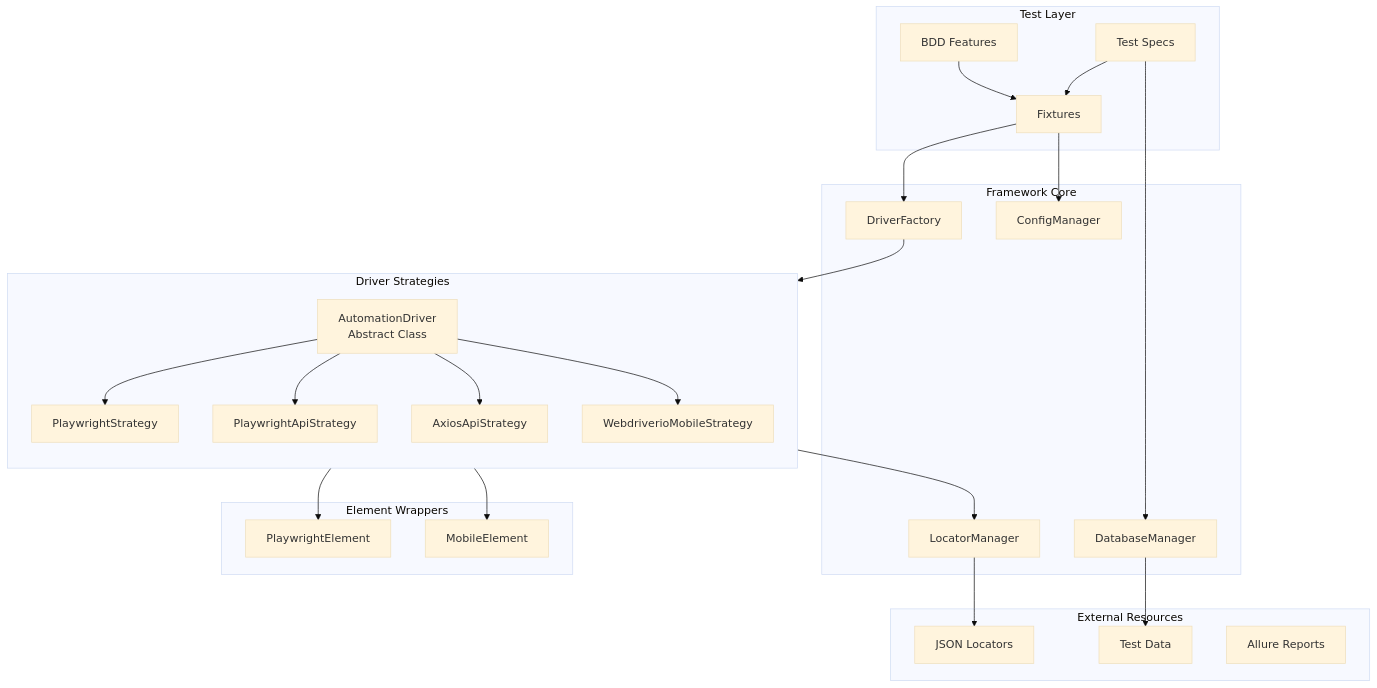
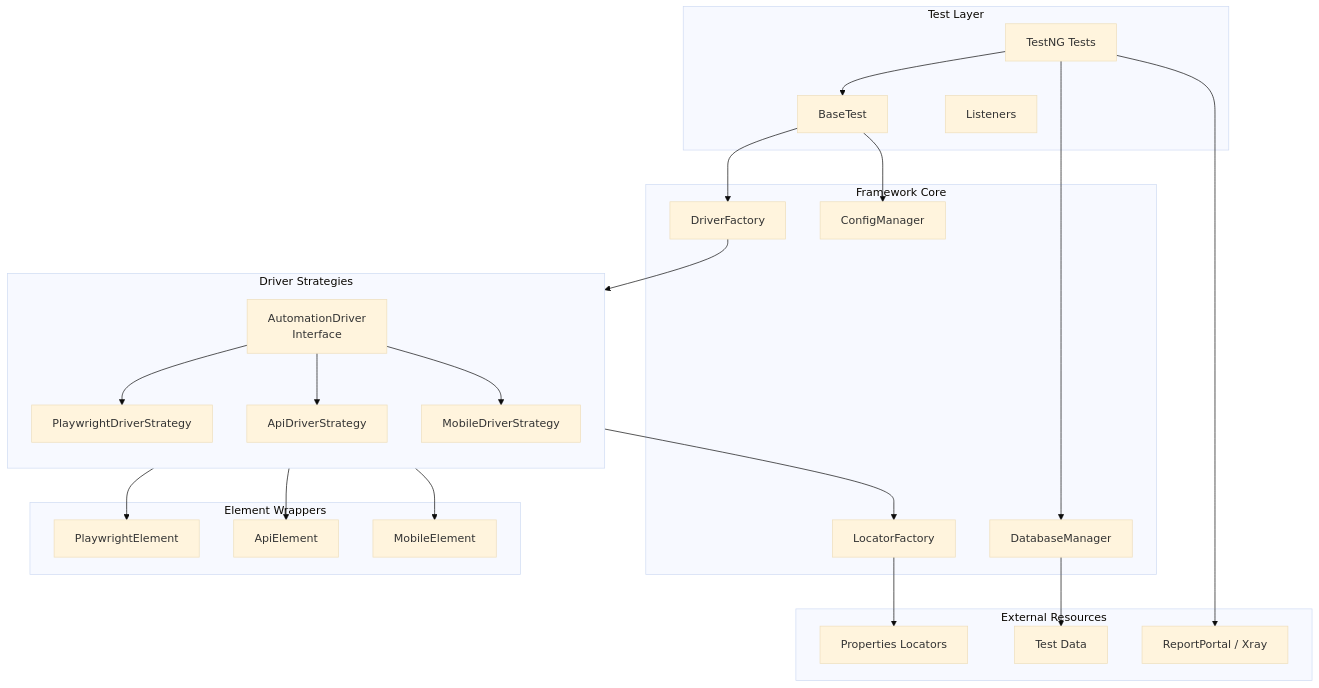
The first of 2 diagrams in documentation/docs/architecture/overview.md (vinipx/taflex), drawn with Mermaid (base theme) before and after one commit. The commit also changed other lines of this file and 11 other files, not shown here.

Commit message:
docs: sync documentation with Java framework architecture and properties

````diff
--- a/documentation/docs/architecture/overview.md
+++ b/documentation/docs/architecture/overview.md
@@ -23,55 +23,55 @@
 ```mermaid
 flowchart TB
     subgraph "Test Layer"
-        TC[Test Specs]
-        BDD[BDD Features]
-        FIX[Fixtures]
+        TC[TestNG Tests]
+        BASE[BaseTest]
+        LIST[Listeners]
     end
 
     subgraph "Framework Core"
         DF[DriverFactory]
-        LM[LocatorManager]
+        LF[LocatorFactory]
         CM[ConfigManager]
         DB[DatabaseManager]
     end
 
     subgraph "Driver Strategies"
         direction TB
-        ADS[AutomationDriver<br/>Abstract Class]
-        PDS[PlaywrightStrategy]
-        APIS[PlaywrightApiStrategy]
-        AXS[AxiosApiStrategy]
-        MDS[WebdriverioMobileStrategy]
+        ADS[AutomationDriver<br/>Interface]
+        PDS[PlaywrightDriverStrategy]
+        APIS[ApiDriverStrategy]
+        MDS[MobileDriverStrategy]
     end
 
     subgraph "Element Wrappers"
         PE[PlaywrightElement]
+        AE[ApiElement]
         ME[MobileElement]
     end
 
     subgraph "External Resources"
-        JSON[JSON Locators]
+        PROP[Properties Locators]
         DATA[Test Data]
-        ALR[Allure Reports]
+        RPT[ReportPortal / Xray]
     end
 
-    TC --> FIX
-    BDD --> FIX
-    FIX --> DF
-    FIX --> CM
+    TC --> BASE
+    BASE --> DF
+    BASE --> CM
 
     DF --> ADS
     ADS --> PDS
     ADS --> APIS
-    ADS --> AXS
     ADS --> MDS
 
     PDS --> PE
+    APIS --> AE
     MDS --> ME
 
-    ADS --> LM
-    LM --> JSON
+    ADS --> LF
+    LF --> PROP
 
     TC --> DB
     DB --> DATA
+    TC --> RPT
 ```
````
